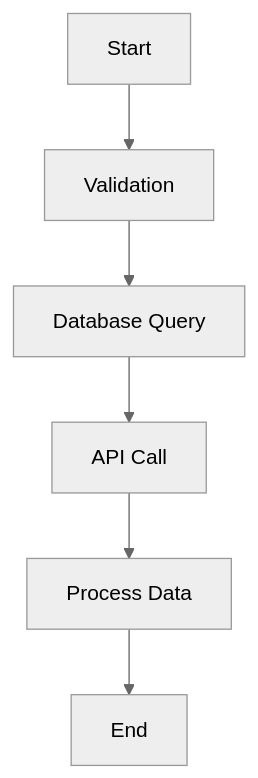
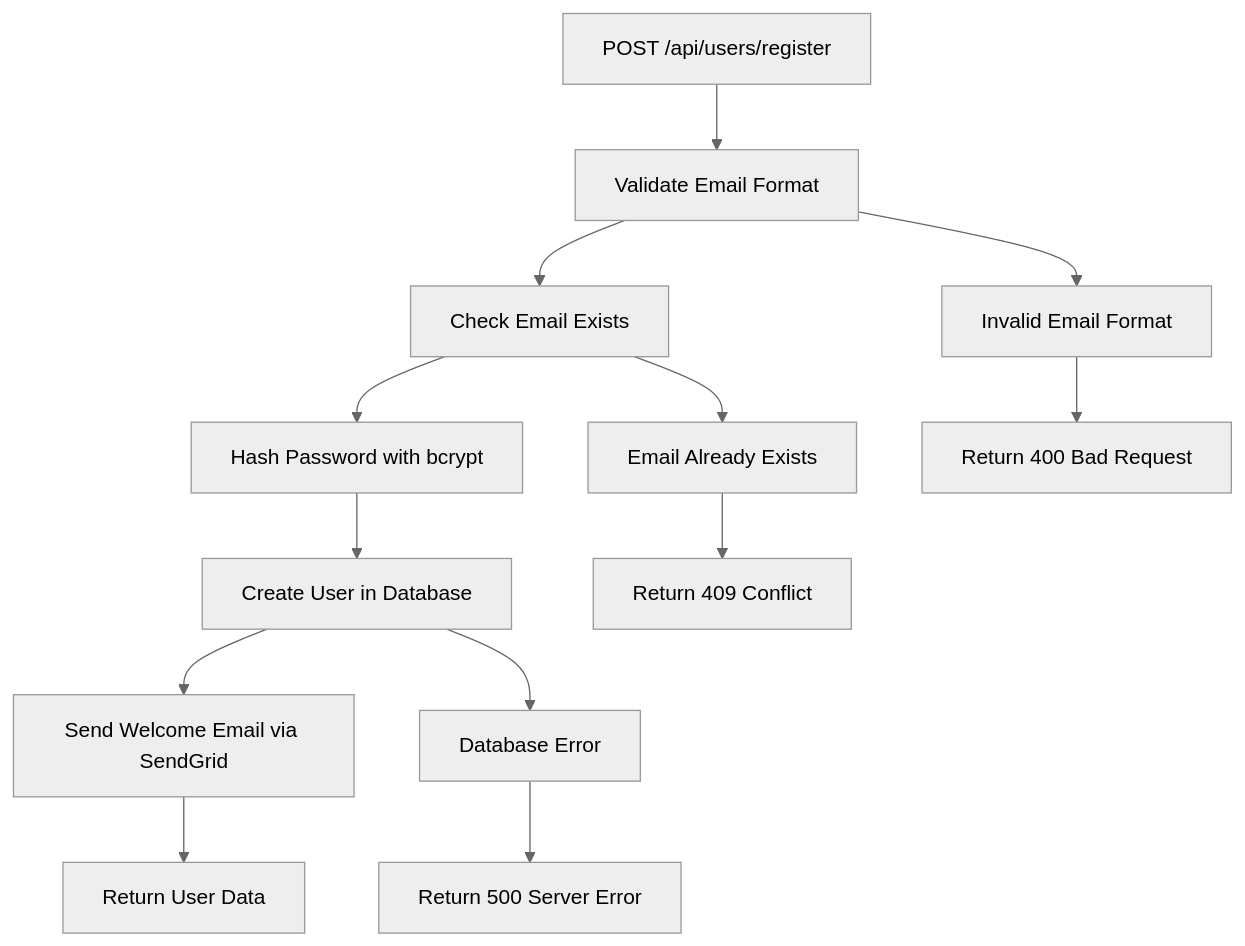
The diagram in README.md (programsmagic/flow-engine), drawn with Mermaid (neutral theme) before and after one commit. The commit also changed other lines of this file and 2 other files, not shown here.

Commit message:
Update README and add REAL_WORLD_EXAMPLES.md with practical usage scenarios; enhance CLI help with examples for better user guidance.

````diff
--- a/README.md
+++ b/README.md
@@ -198,8 +247,18 @@
 ```mermaid
 graph TD
-    A[Start] --> B[Validation]
-    B --> C[Database Query]
-    C --> D[API Call]
-    D --> E[Process Data]
-    E --> F[End]
+    A[POST /api/users/register] --> B[Validate Email Format]
+    B --> C[Check Email Exists]
+    C --> D[Hash Password with bcrypt]
+    D --> E[Create User in Database]
+    E --> F[Send Welcome Email via SendGrid]
+    F --> G[Return User Data]
+    
+    C --> H[Email Already Exists]
+    H --> I[Return 409 Conflict]
+    
+    B --> J[Invalid Email Format]
+    J --> K[Return 400 Bad Request]
+    
+    E --> L[Database Error]
+    L --> M[Return 500 Server Error]
 ```
````
